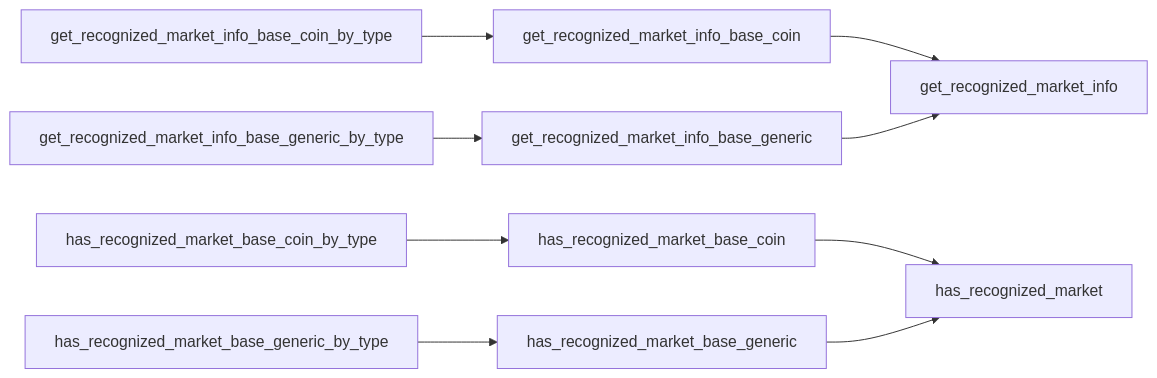
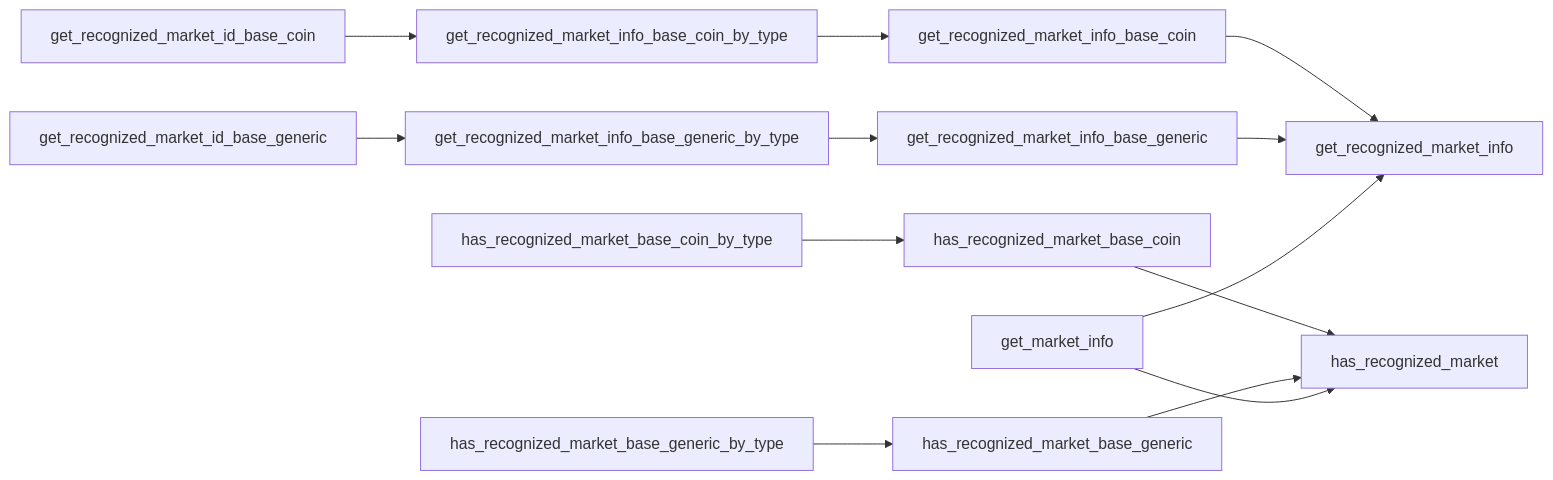
One commit to econia-labs/econia changed the third of 5 diagrams in src/move/econia/doc/registry.md. Above: the diagram before and after it, drawn with Mermaid. The commit also changed other lines of this file and 20 other files, not shown here.

````diff
--- a/src/move/econia/doc/registry.md
+++ b/src/move/econia/doc/registry.md
@@ -166,22 +187,30 @@
 ```mermaid
 
 flowchart LR
 
 get_recognized_market_info_base_coin -->
 get_recognized_market_info
 get_recognized_market_info_base_coin_by_type -->
 get_recognized_market_info_base_coin
 get_recognized_market_info_base_generic -->
 get_recognized_market_info
 get_recognized_market_info_base_generic_by_type  -->
 get_recognized_market_info_base_generic
 
 has_recognized_market_base_coin --> has_recognized_market
 has_recognized_market_base_coin_by_type -->
 has_recognized_market_base_coin
-has_recognized_market_base_generic -->
-has_recognized_market
+has_recognized_market_base_generic --> has_recognized_market
 has_recognized_market_base_generic_by_type -->
 has_recognized_market_base_generic
 
+get_recognized_market_id_base_coin -->
+get_recognized_market_info_base_coin_by_type
+
+get_recognized_market_id_base_generic -->
+get_recognized_market_info_base_generic_by_type
+
+get_market_info --> has_recognized_market
+get_market_info --> get_recognized_market_info
+
 ```
````
